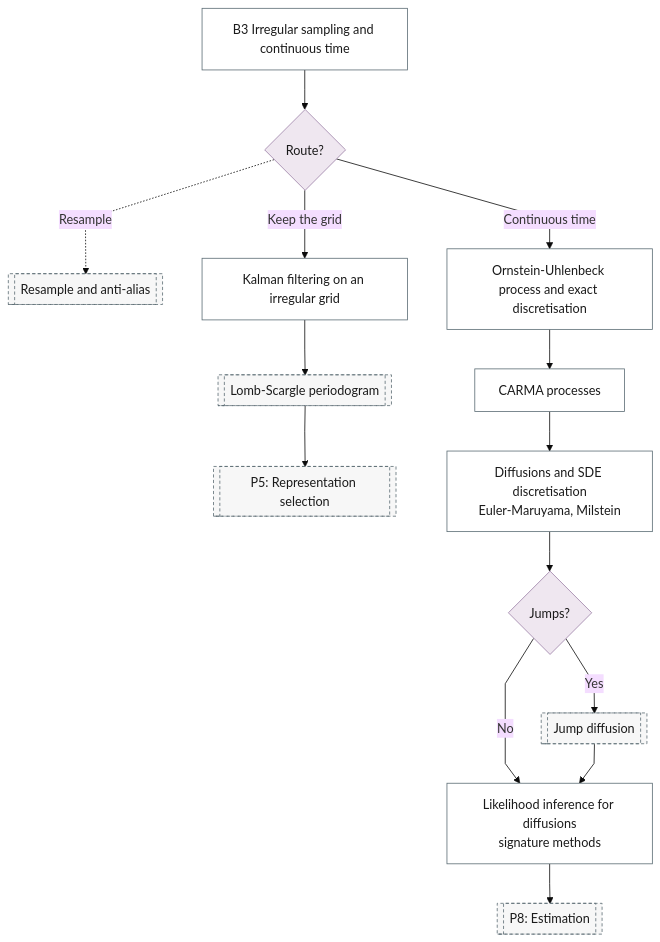
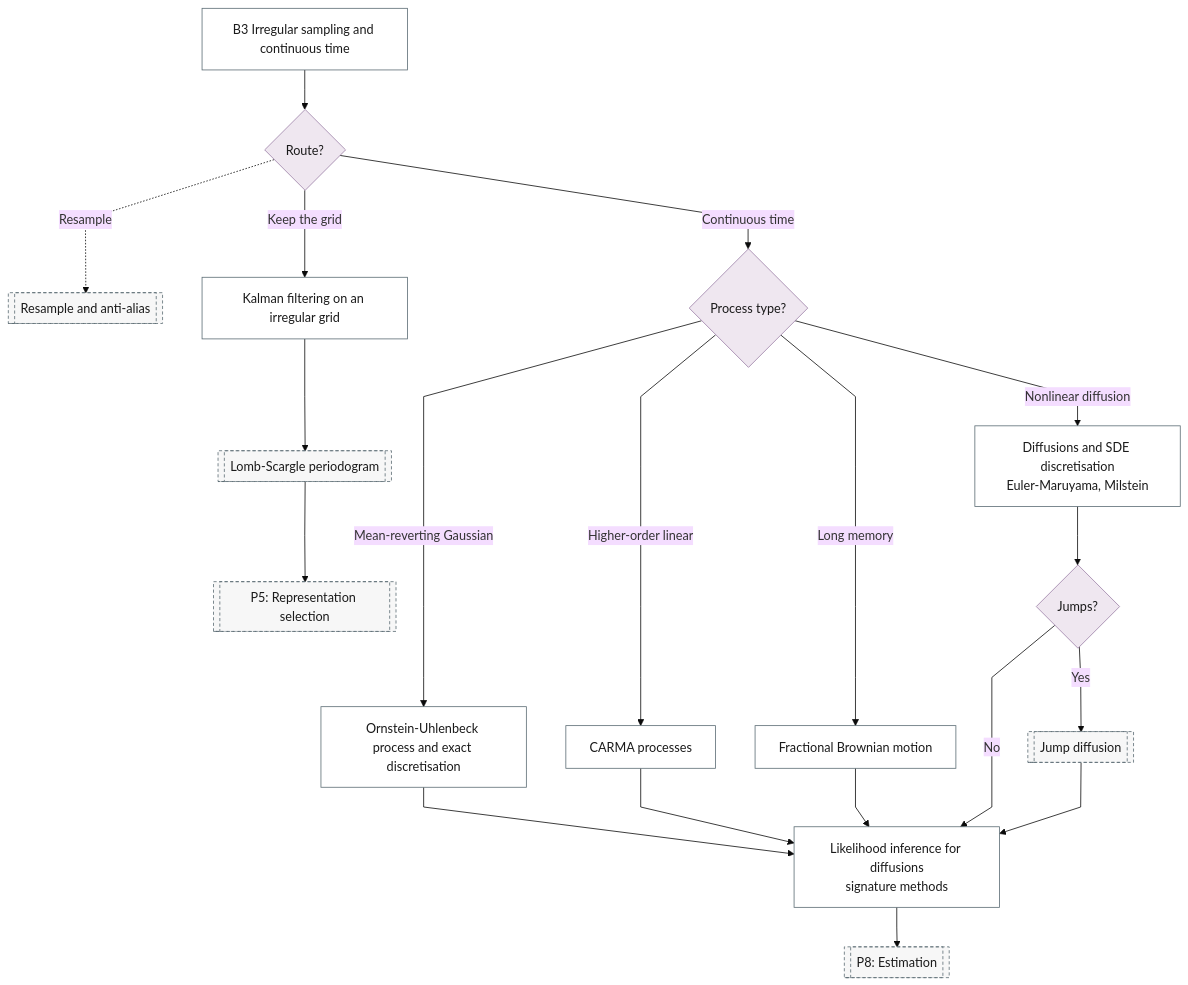
The diagram in docs/reference/15-continuous-time/index.md (Shuxin-Y/time-series-analysis-manual), drawn with Mermaid (base theme) before and after one commit. The commit also changed other lines of this file and 19 other files, not shown here.

````diff
--- a/docs/reference/15-continuous-time/index.md
+++ b/docs/reference/15-continuous-time/index.md
@@ -7,28 +7,31 @@
 ```mermaid
 %%{init: {"flowchart": {"curve": "linear"}}}%%
 graph TD
     B3["B3 Irregular sampling and continuous time"] --> B3_ROUTE{"Route?"}
     B3_ROUTE -.->|"Resample"| P0_RESAMPLE[["Resample and anti-alias"]]
     B3_ROUTE -->|"Keep the grid"| B3_IRREGULAR_KALMAN["Kalman filtering on an irregular grid"]
-    B3_ROUTE -->|"Continuous time"| B3_OU["Ornstein-Uhlenbeck process and exact discretisation"]
+    B3_ROUTE -->|"Continuous time"| B3_PROCESS{"Process type?"}
+    B3_PROCESS -->|"Mean-reverting Gaussian"| B3_OU["Ornstein-Uhlenbeck process and exact discretisation"]
+    B3_PROCESS -->|"Higher-order linear"| B3_CARMA["CARMA processes"]
+    B3_PROCESS -->|"Long memory"| B3_FBM["Fractional Brownian motion"]
+    B3_PROCESS -->|"Nonlinear diffusion"| B3_SDE["Diffusions and SDE discretisation<br/>Euler-Maruyama, Milstein"]
     B3_IRREGULAR_KALMAN --> P5_FD_LOMB_SCARGLE[["Lomb-Scargle periodogram"]]
     P5_FD_LOMB_SCARGLE --> P5[["P5: Representation selection"]]
-    B3_OU --> B3_CARMA["CARMA processes"]
-    B3_CARMA --> B3_SDE["Diffusions and SDE discretisation<br/>Euler-Maruyama, Milstein"]
+    B3_OU & B3_CARMA & B3_FBM --> B3_SDE_INFERENCE
     B3_SDE --> B3_JUMPS{"Jumps?"}
     B3_JUMPS -->|"Yes"| P7_JUMPS[["Jump diffusion"]]
     B3_JUMPS -->|"No"| B3_SDE_INFERENCE
     P7_JUMPS --> B3_SDE_INFERENCE["Likelihood inference for diffusions<br/>signature methods"]
     B3_SDE_INFERENCE --> P8[["P8: Estimation"]]
-    class B3_ROUTE,B3_JUMPS decision
-    class B3,B3_IRREGULAR_KALMAN,B3_OU,B3_CARMA,B3_SDE,B3_SDE_INFERENCE process
+    class B3_ROUTE,B3_PROCESS,B3_JUMPS decision
+    class B3,B3_IRREGULAR_KALMAN,B3_OU,B3_CARMA,B3_FBM,B3_SDE,B3_SDE_INFERENCE process
     class P0_RESAMPLE,P5_FD_LOMB_SCARGLE,P5,P7_JUMPS,P8 ref
     classDef terminator fill:#E6F2F7,stroke:#007BA7,color:#1A1A1A;
     classDef process fill:#FFFFFF,stroke:#5A6B73,color:#1A1A1A;
     classDef decision fill:#EFE7F0,stroke:#9B7FA7,color:#1A1A1A;
     classDef data fill:#FFF4E0,stroke:#C9A55E,color:#1A1A1A;
     classDef good fill:#DCEFD8,stroke:#4A7A3F,color:#1A1A1A;
     classDef escalate fill:#FFE9C2,stroke:#C9A55E,color:#1A1A1A;
     classDef problem fill:#F2D9DE,stroke:#800020,color:#1A1A1A;
     classDef ref fill:#F7F7F7,stroke:#5A6B73,color:#1A1A1A,stroke-dasharray:4 3;
 ```
````
